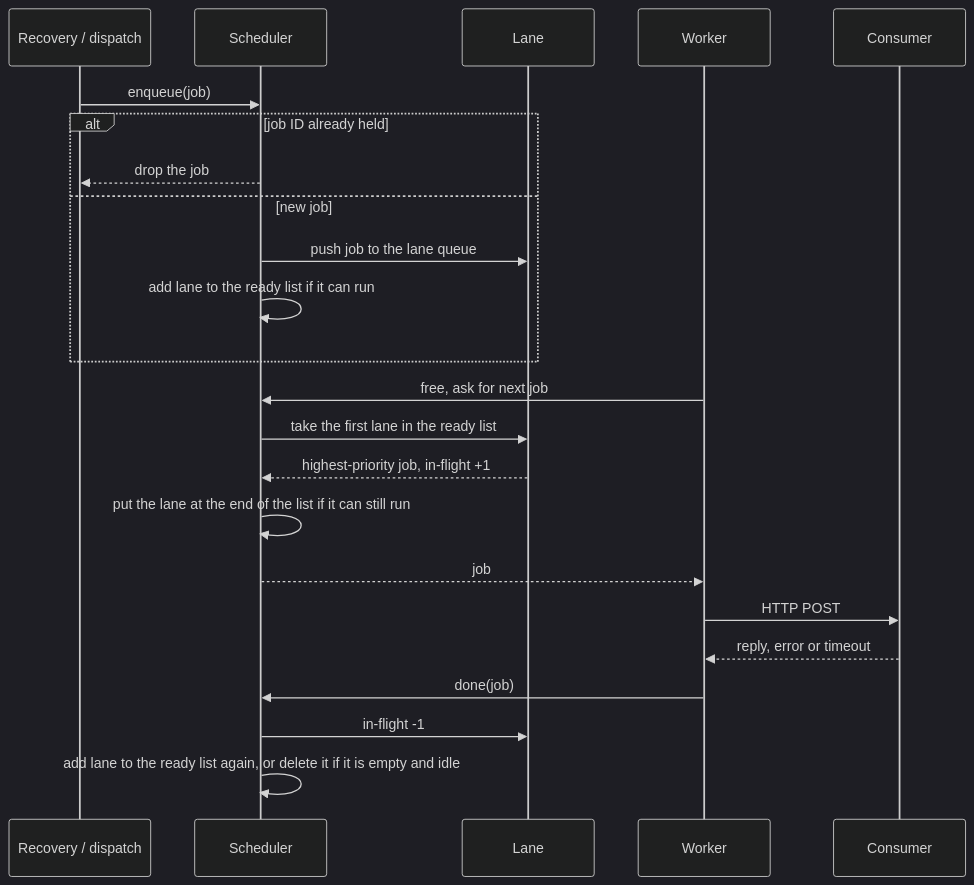
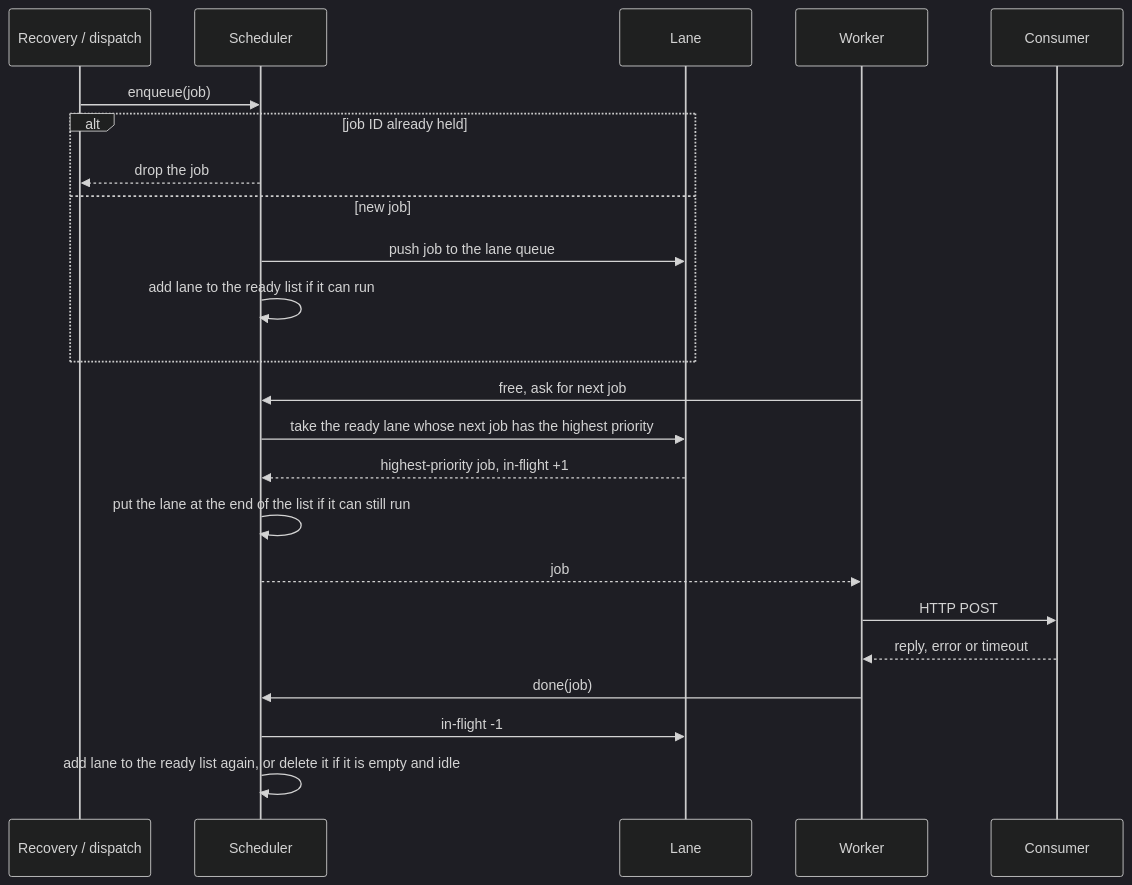
One commit to newscred/webhook-broker changed the third of 6 diagrams in docs/tech-specs/consumer-max-concurrency-spec.md. Above: the diagram before and after it, drawn with Mermaid (dark theme). The commit also changed other lines of this file, not shown here.

Commit message:
docs: update the spec for priority across lanes, the lane key and Stop

````diff
--- a/docs/tech-specs/consumer-max-concurrency-spec.md
+++ b/docs/tech-specs/consumer-max-concurrency-spec.md
@@ -100,26 +99,26 @@
 ```mermaid
 sequenceDiagram
     participant R as Recovery / dispatch
     participant S as Scheduler
     participant L as Lane
     participant W as Worker
     participant C as Consumer
 
     R->>S: enqueue(job)
     alt job ID already held
         S-->>R: drop the job
     else new job
         S->>L: push job to the lane queue
         S->>S: add lane to the ready list if it can run
     end
     W->>S: free, ask for next job
-    S->>L: take the first lane in the ready list
+    S->>L: take the ready lane whose next job has the highest priority
     L-->>S: highest-priority job, in-flight +1
     S->>S: put the lane at the end of the list if it can still run
     S-->>W: job
     W->>C: HTTP POST
     C-->>W: reply, error or timeout
     W->>S: done(job)
     S->>L: in-flight -1
     S->>S: add lane to the ready list again, or delete it if it is empty and idle
 ```
````
